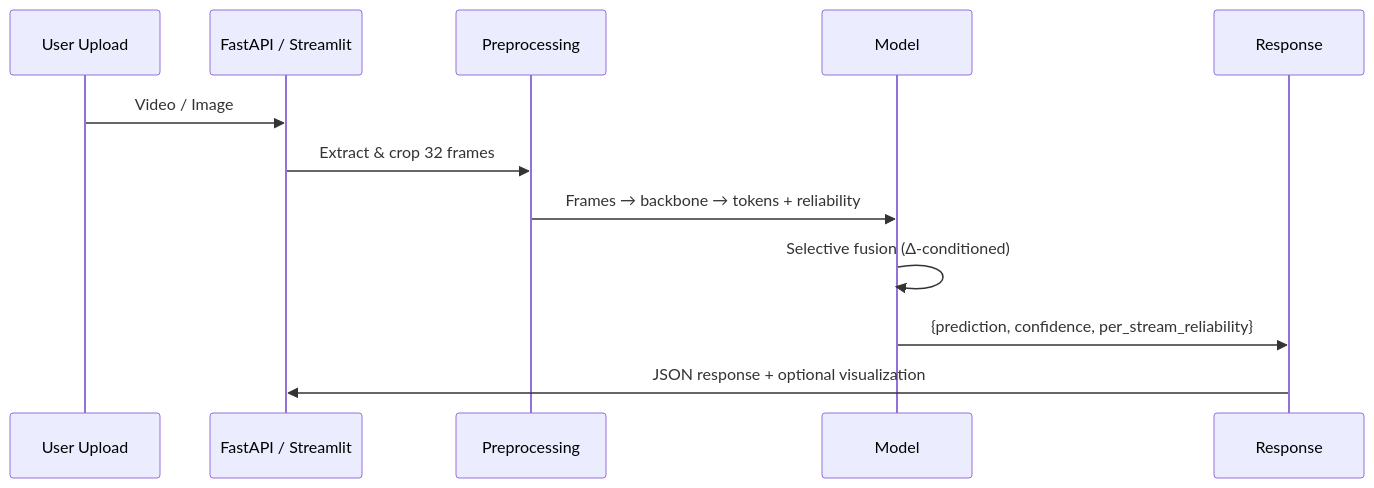
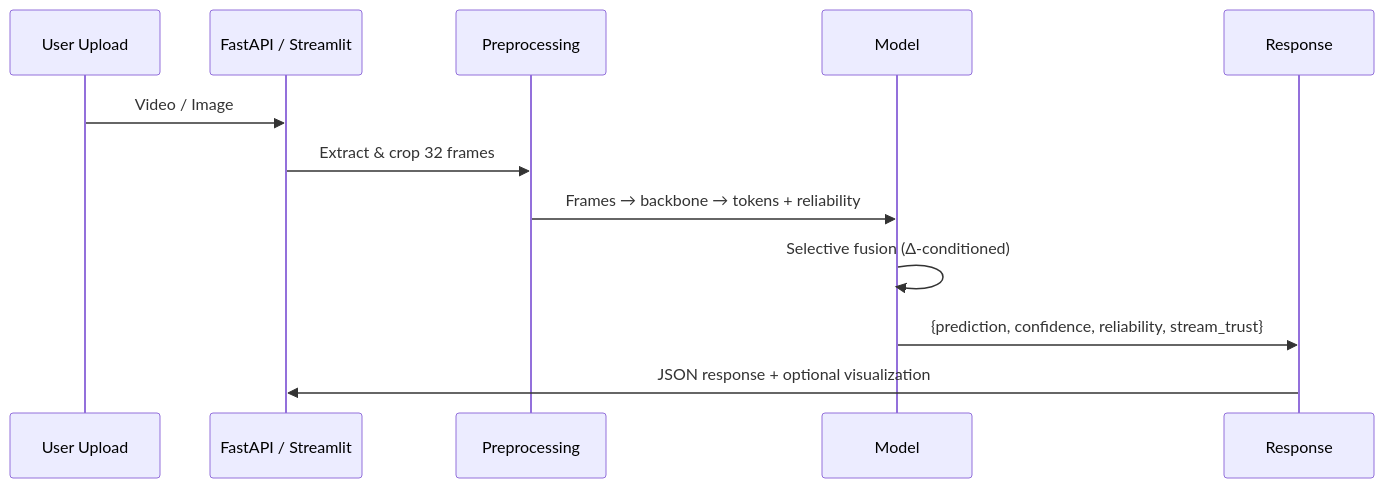
Before and after one commit to Lokeshm25/DeepFake_Detection_SIC: the fourth of 5 diagrams in docs/ARCHITECTURE.md, drawn with Mermaid. The commit also changed other lines of this file and 5 other files, not shown here.

````diff
--- a/docs/ARCHITECTURE.md
+++ b/docs/ARCHITECTURE.md
@@ -140,15 +140,15 @@
 ```mermaid
 sequenceDiagram
     participant U as User Upload
     participant API as FastAPI / Streamlit
     participant P as Preprocessing
     participant M as Model
     participant R as Response
 
     U->>API: Video / Image
     API->>P: Extract & crop 32 frames
     P->>M: Frames → backbone → tokens + reliability
     M->>M: Selective fusion (Δ-conditioned)
-    M->>R: {prediction, confidence, per_stream_reliability}
+    M->>R: {prediction, confidence, reliability, stream_trust}
     R->>API: JSON response + optional visualization
 ```
````
